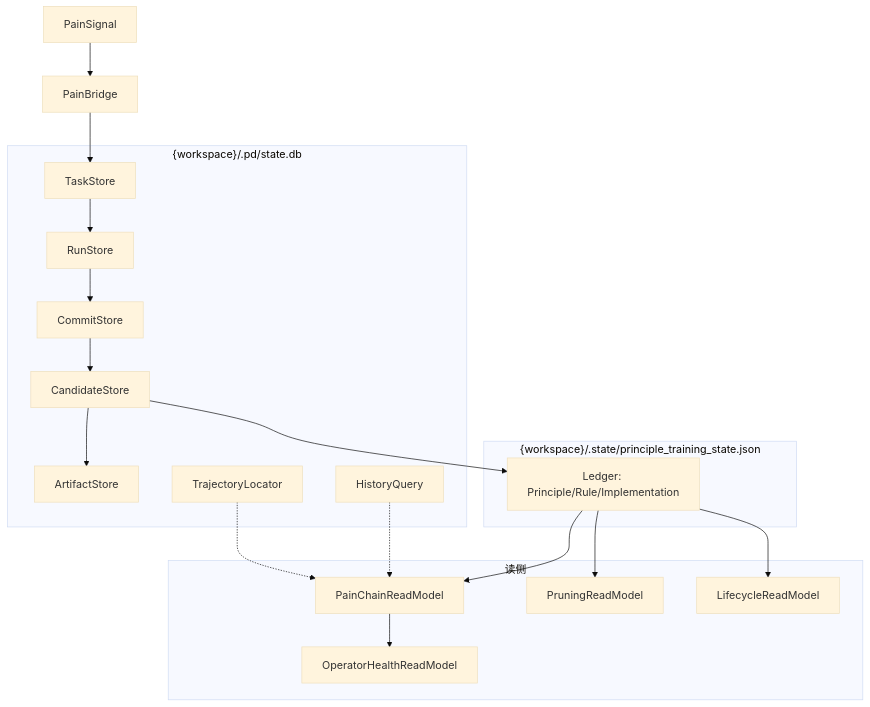
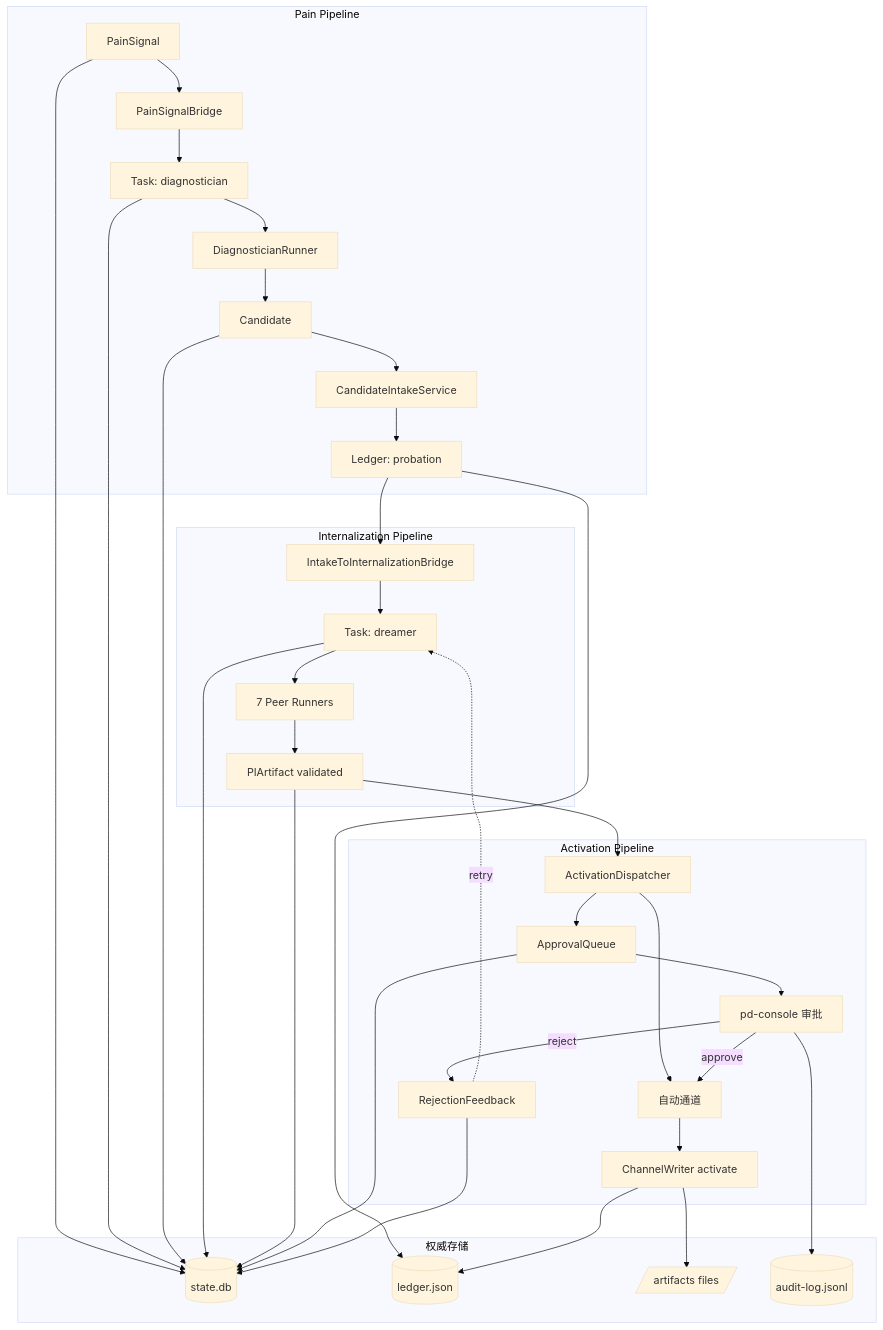
One commit to csuzngjh/principles changed the diagram in docs/architecture/DATA_ARCHITECTURE.md. Above: the diagram before and after it, drawn with Mermaid (base theme). The commit also changed other lines of this file and 17 other files, not shown here.

First line of the commit message:
docs(architecture): complete architecture documentation overhaul

````diff
--- a/docs/architecture/DATA_ARCHITECTURE.md
+++ b/docs/architecture/DATA_ARCHITECTURE.md
@@ -142,37 +608,48 @@
 ```mermaid
 flowchart TD
-    subgraph SQLite["{workspace}/.pd/state.db"]
-        TS[TaskStore]
-        RS[RunStore]
-        CS[CommitStore]
-        CAN[CandidateStore]
-        ART[ArtifactStore]
-        HQ[HistoryQuery]
-        TL[TrajectoryLocator]
+    subgraph Stage1["Pain Pipeline"]
+        Pain[PainSignal] --> Bridge[PainSignalBridge]
+        Bridge --> DiagTask[Task: diagnostician]
+        DiagTask --> Diag[DiagnosticianRunner]
+        Diag --> Cand[Candidate]
+        Cand --> Intake[CandidateIntakeService]
+        Intake --> Probation[Ledger: probation]
     end
 
-    subgraph JSON["{workspace}/.state/principle_training_state.json"]
-        LED[Ledger: Principle/Rule/Implementation]
+    subgraph Stage2["Internalization Pipeline"]
+        Probation --> IntakeBridge[IntakeToInternalizationBridge]
+        IntakeBridge --> DreamerTask[Task: dreamer]
+        DreamerTask --> Runners[7 Peer Runners]
+        Runners --> PIArt[PIArtifact validated]
     end
 
-    subgraph ReadModels["读侧"]
-        PCRM[PainChainReadModel]
-        PRM[PruningReadModel]
-        LRM[LifecycleReadModel]
-        OHRM[OperatorHealthReadModel]
+    subgraph Stage3["Activation Pipeline"]
+        PIArt --> Dispatcher[ActivationDispatcher]
+        Dispatcher --> Auto[自动通道]
+        Dispatcher --> Approval[ApprovalQueue]
+        Approval --> Console[pd-console 审批]
+        Console -->|approve| Auto
+        Console -->|reject| Feedback[RejectionFeedback]
+        Feedback -.->|retry| DreamerTask
+        Auto --> Activate[ChannelWriter activate]
     end
 
-    PS[PainSignal] --> PB[PainBridge]
-    PB --> TS
-    TS --> RS
-    RS --> CS
-    CS --> CAN
-    CAN --> LED
-    CAN --> ART
-    LED --> PCRM
-    LED --> PRM
-    LED --> LRM
-    PCRM --> OHRM
-    HQ -.-> PCRM
-    TL -.-> PCRM
+    subgraph Storage["权威存储"]
+        SQLite[(state.db)]
+        Ledger[(ledger.json)]
+        Files[/artifacts files/]
+        Audit[(audit-log.jsonl)]
+    end
+
+    Pain --> SQLite
+    DiagTask --> SQLite
+    Cand --> SQLite
+    Probation --> Ledger
+    DreamerTask --> SQLite
+    PIArt --> SQLite
+    Approval --> SQLite
+    Feedback --> SQLite
+    Activate --> Ledger
+    Activate --> Files
+    Console --> Audit
 ```
````
